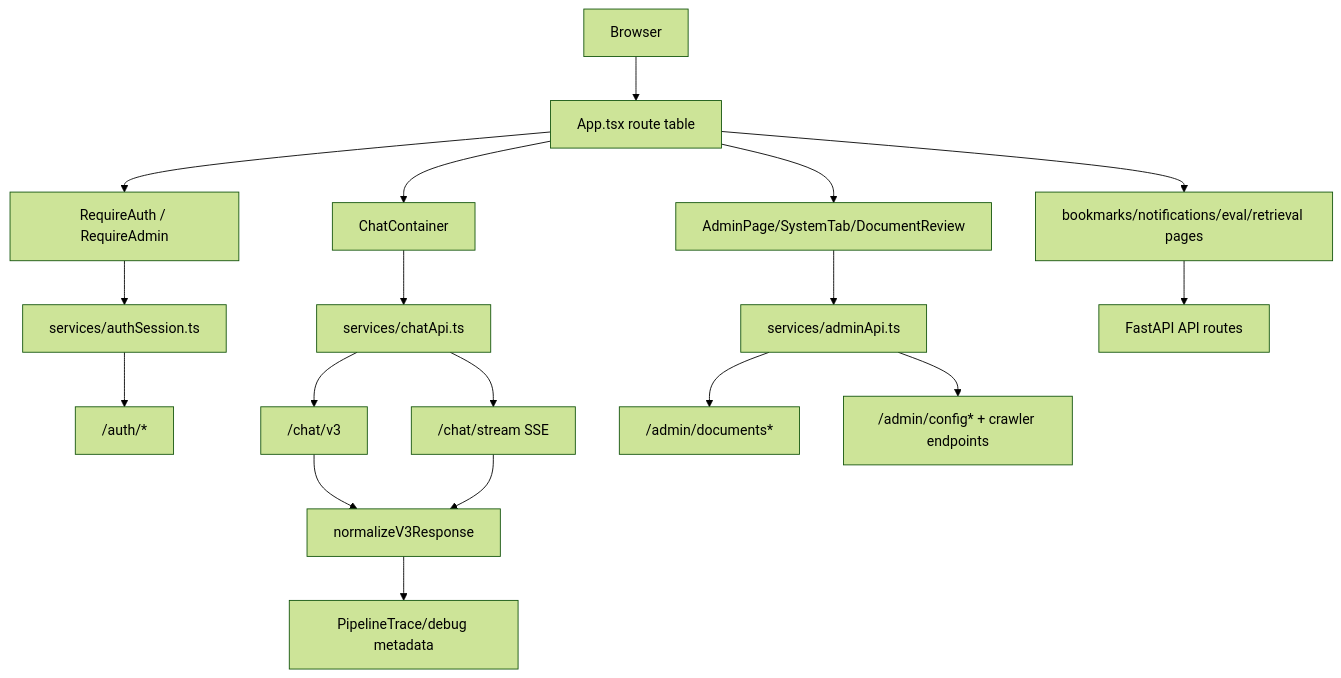
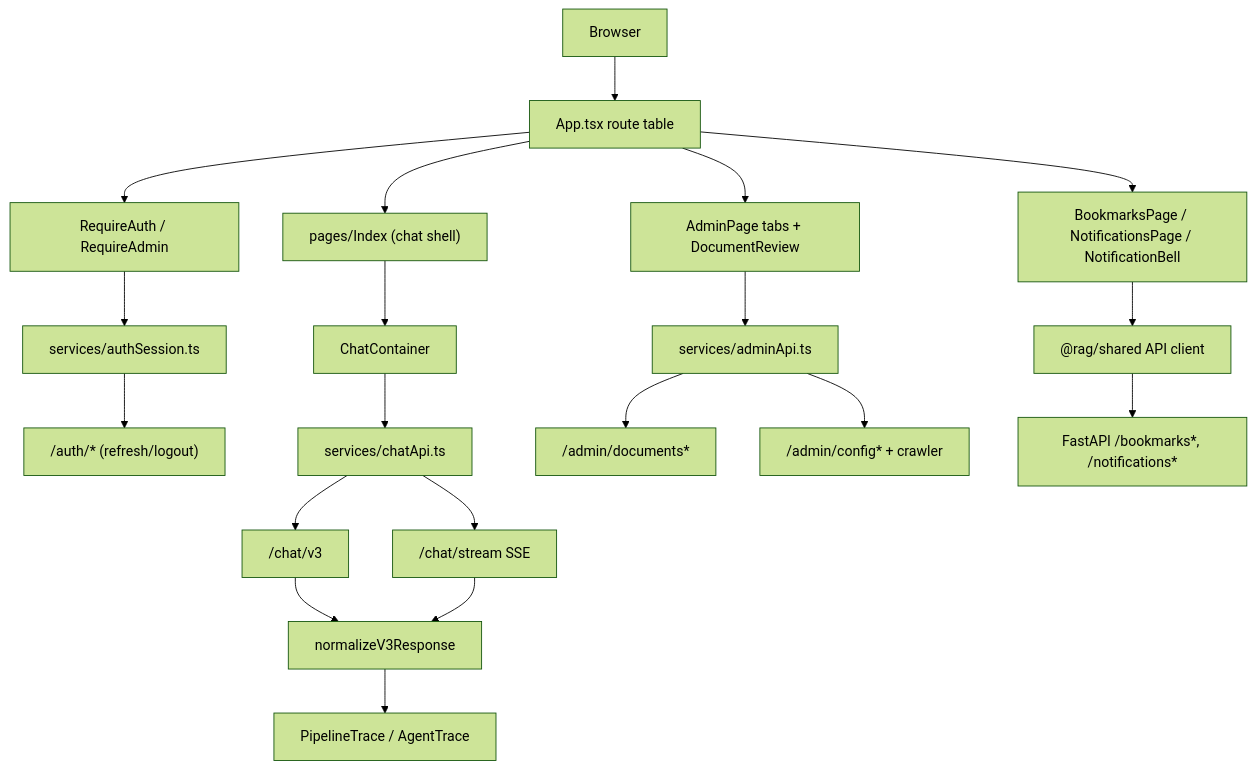
One commit to hoainam183/GR changed the diagram in src/RAG_v2/frontend/MODULE.md. Above: the diagram before and after it, drawn with Mermaid (forest theme). The commit also changed other lines of this file and 50 other files, not shown here.

````diff
--- a/src/RAG_v2/frontend/MODULE.md
+++ b/src/RAG_v2/frontend/MODULE.md
@@ -116,20 +116,22 @@
 ```mermaid
 flowchart TD
   Browser["Browser"] --> App["App.tsx route table"]
   App --> Guards["RequireAuth / RequireAdmin"]
   Guards --> AuthSession["services/authSession.ts"]
-  AuthSession --> AuthAPI["/auth/*"]
-  App --> Chat["ChatContainer"]
+  AuthSession --> AuthAPI["/auth/* (refresh/logout)"]
+  App --> Index["pages/Index (chat shell)"]
+  Index --> Chat["ChatContainer"]
   Chat --> ChatAPI["services/chatApi.ts"]
   ChatAPI --> Stream["/chat/stream SSE"]
   ChatAPI --> ChatV3["/chat/v3"]
   ChatV3 --> Normalize["normalizeV3Response"]
   Stream --> Normalize
-  Normalize --> Trace["PipelineTrace/debug metadata"]
-  App --> Admin["AdminPage/SystemTab/DocumentReview"]
+  Normalize --> Trace["PipelineTrace / AgentTrace"]
+  App --> Admin["AdminPage tabs + DocumentReview"]
   Admin --> AdminAPI["services/adminApi.ts"]
-  AdminAPI --> Upload["/admin/documents*"]
-  AdminAPI --> Config["/admin/config* + crawler endpoints"]
-  App --> MobileFeatures["bookmarks/notifications/eval/retrieval pages"]
-  MobileFeatures --> Backend["FastAPI API routes"]
+  AdminAPI --> Docs["/admin/documents*"]
+  AdminAPI --> Config["/admin/config* + crawler"]
+  App --> Shared["BookmarksPage / NotificationsPage / NotificationBell"]
+  Shared --> RagShared["@rag/shared API client"]
+  RagShared --> Backend["FastAPI /bookmarks*, /notifications*"]
 ```
````
